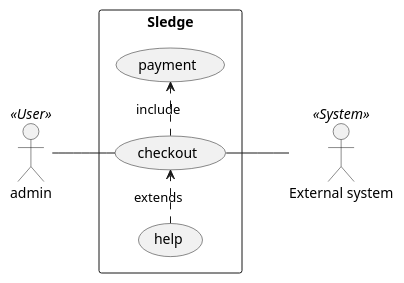
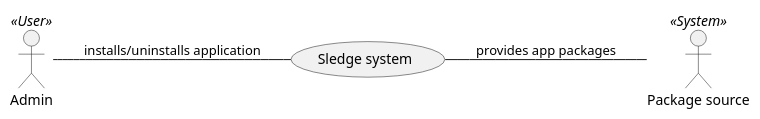
The diagram in docs/src/main/plantuml/context-diagram.puml (unic/sledge), drawn with PlantUML before and after one commit. The commit also changed 7 other files, not shown here.

Commit message:
Added Building block level 1 diagram, added assembly plugin for packaging the source files

```diff
--- a/docs/src/main/plantuml/context-diagram.puml
+++ b/docs/src/main/plantuml/context-diagram.puml
@@ -1,12 +1,7 @@
 @startuml
 left to right direction
-skinparam packageStyle rect
-actor admin <<User>>
-actor "External system" as extSystem <<System>>
-rectangle "Sledge" {
-  admin -- (checkout)
-  (checkout) .> (payment) : include
-  (help) .> (checkout) : extends
-  (checkout) -- extSystem
-}
+actor Admin <<User>>
+actor "Package source" as packageSource <<System>>
+Admin -- (Sledge system) : installs/uninstalls application
+(Sledge system) -- packageSource : provides app packages
 @enduml
```
